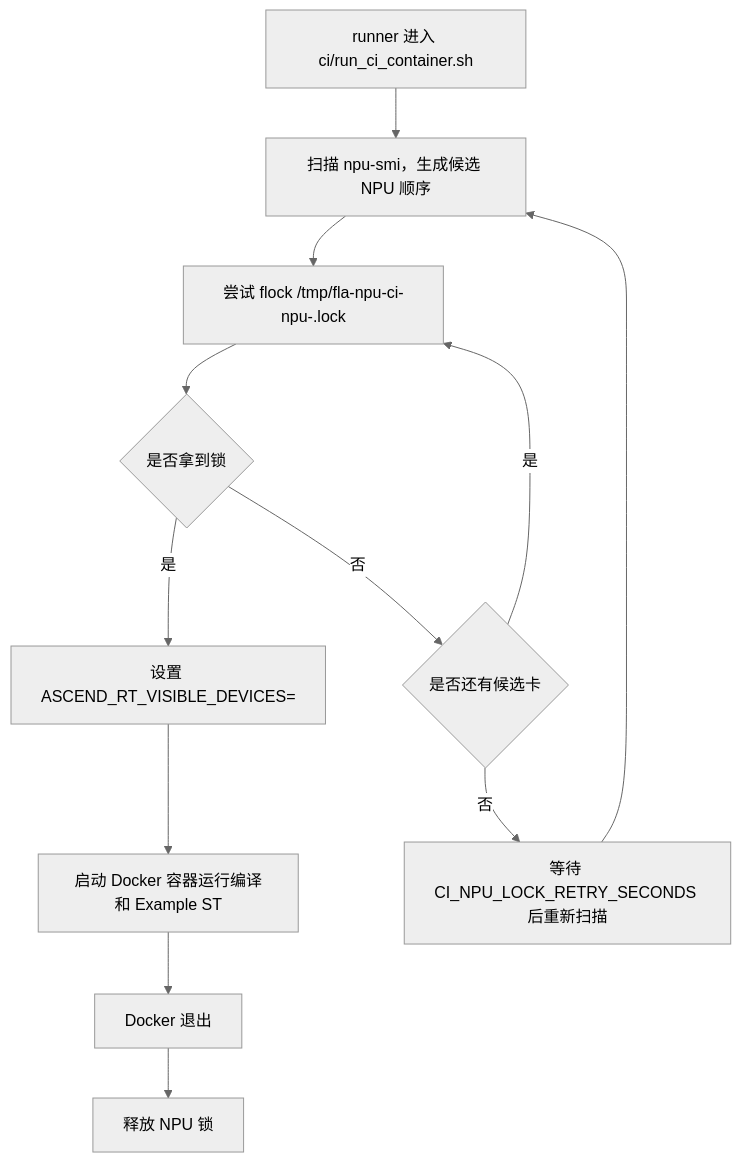
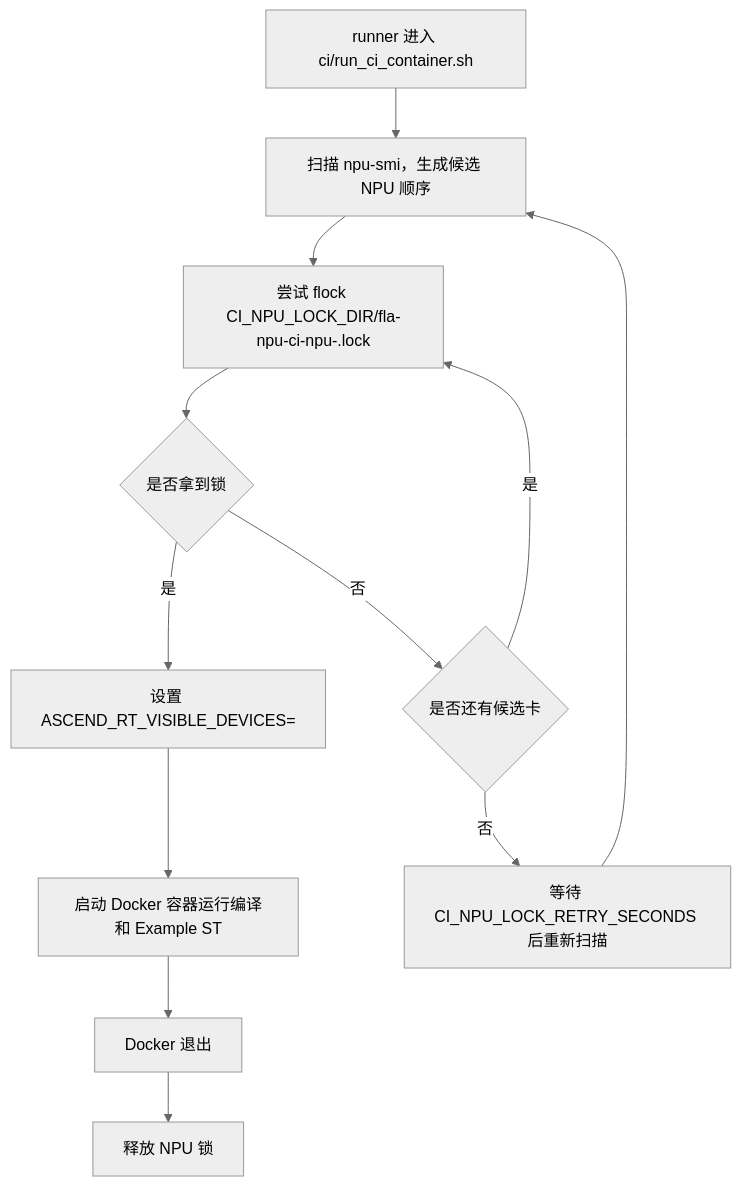
One commit to AnnYE131/flash-linear-attention-npu changed the fourth of 4 diagrams in docs/Fla-npu仓CI部署教程.md. Above: the diagram before and after it, drawn with Mermaid (neutral theme). The commit also changed other lines of this file and 6 other files, not shown here.

````diff
--- a/docs/Fla-npu仓CI部署教程.md
+++ b/docs/Fla-npu仓CI部署教程.md
@@ -126,14 +134,14 @@
 ```mermaid
 flowchart TD
     A["runner 进入 ci/run_ci_container.sh"] --> B["扫描 npu-smi，生成候选 NPU 顺序"]
-    B --> C["尝试 flock /tmp/fla-npu-ci-npu-<id>.lock"]
+    B --> C["尝试 flock CI_NPU_LOCK_DIR/fla-npu-ci-npu-<id>.lock"]
     C --> D{"是否拿到锁"}
     D -- "是" --> E["设置 ASCEND_RT_VISIBLE_DEVICES=<id>"]
     E --> F["启动 Docker 容器运行编译和 Example ST"]
     F --> G["Docker 退出"]
     G --> H["释放 NPU 锁"]
     D -- "否" --> I{"是否还有候选卡"}
     I -- "是" --> C
     I -- "否" --> J["等待 CI_NPU_LOCK_RETRY_SECONDS 后重新扫描"]
     J --> B
 ```
````
